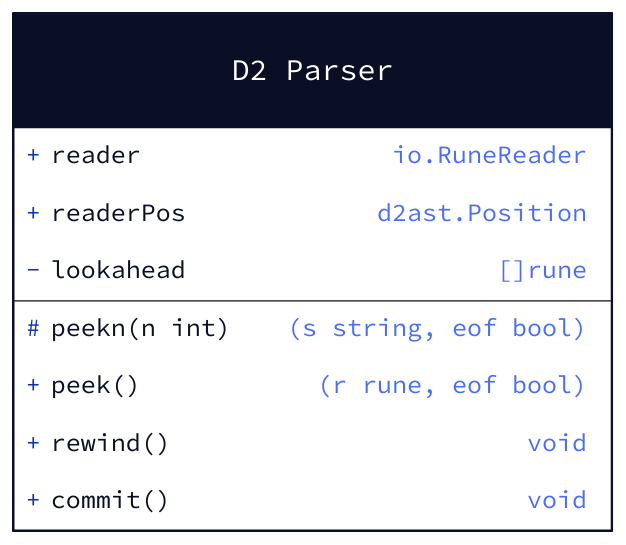
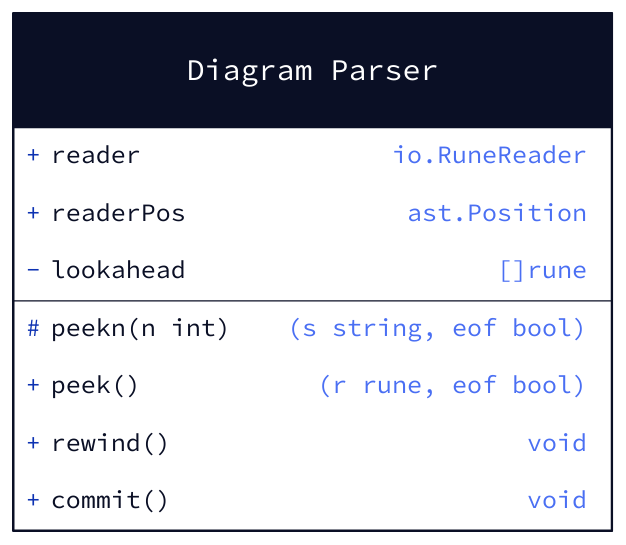
One commit to OverflowCat/tiago changed the diagram in examples/play_uml_class.d2. Above: the diagram before and after it, drawn with D2. The commit also changed 253 other files, not shown here.

```diff
--- a/examples/play_uml_class.d2
+++ b/examples/play_uml_class.d2
@@ -1,19 +1,19 @@
-D2 Parser: {
+Diagram Parser: {
   shape: class
 
   +reader: io.RuneReader
   # Default visibility is + so no need to specify.
-  readerPos: d2ast.Position
+  readerPos: ast.Position
 
   # Private field.
   -lookahead: "[]rune"
 
   # Escape the # to prevent being parsed as comment
-  #lookaheadPos: d2ast.Position
+  #lookaheadPos: ast.Position
   # Or just wrap in quotes
   "#peekn(n int)": (s string, eof bool)
 
   +peek(): (r rune, eof bool)
   rewind()
   commit()
 }
```
